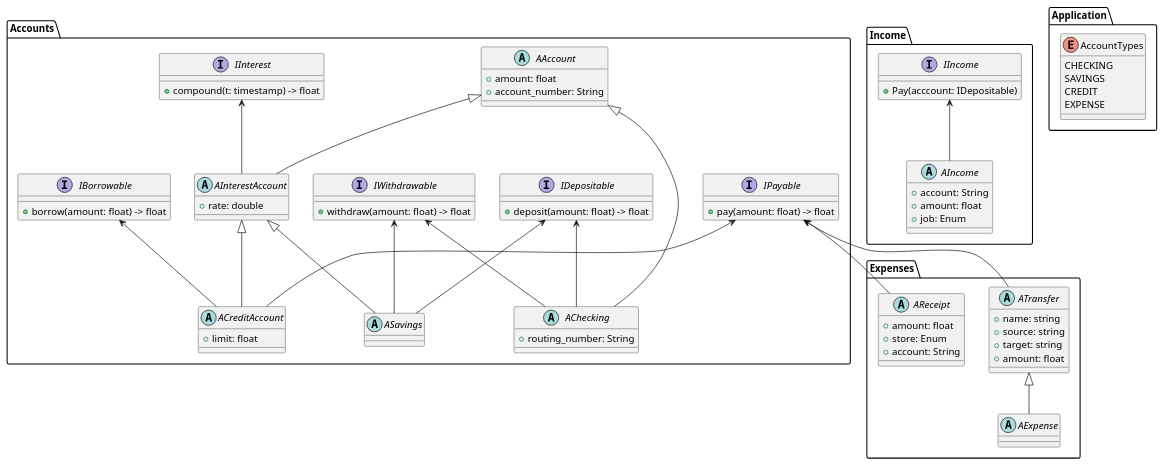
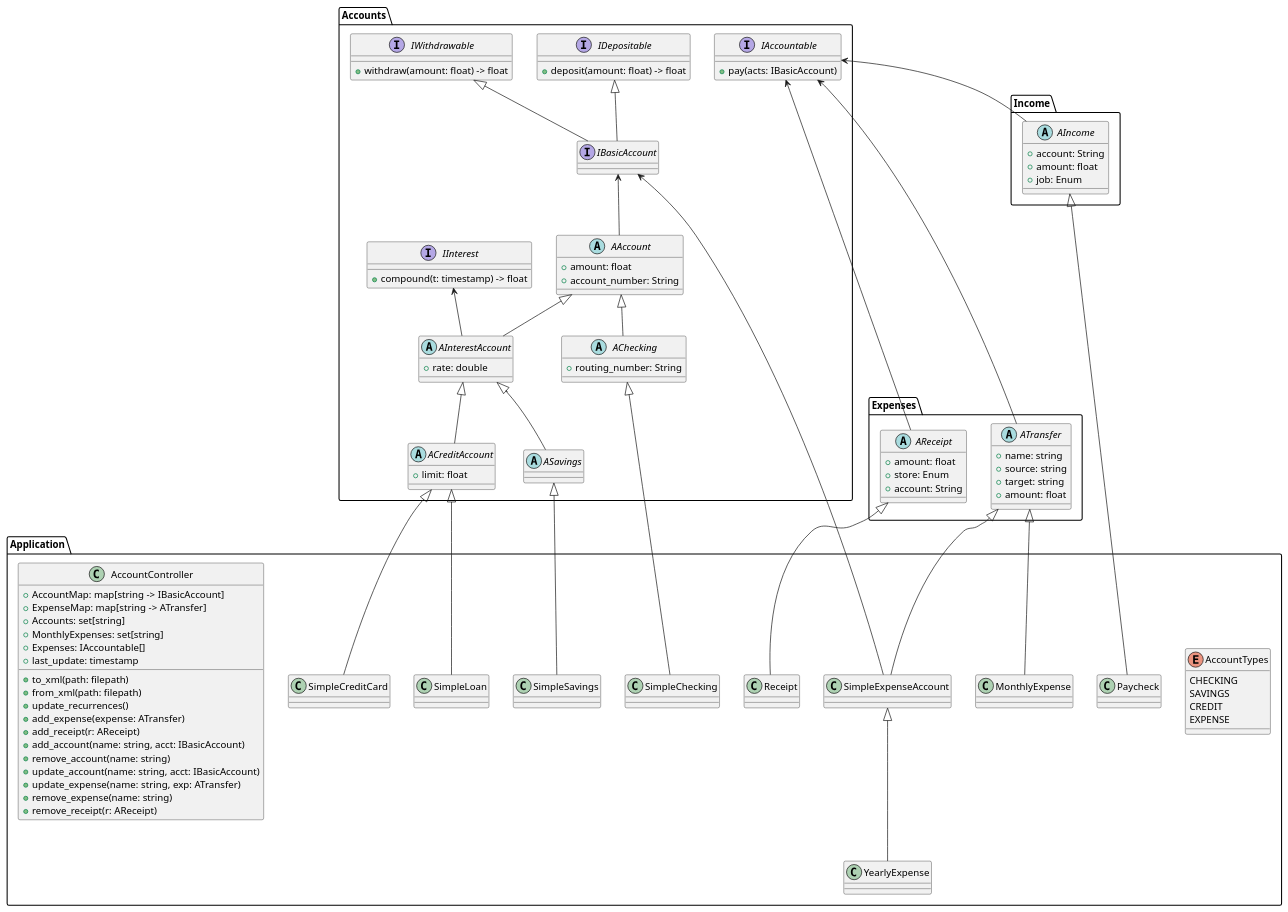
The diagram in object_model.puml (aaron-jencks/budget_LabVIEW), drawn with PlantUML before and after one commit. The commit also changed 3 other files, not shown here.

Commit message:
Added ER Diagram

```diff
--- a/object_model.puml
+++ b/object_model.puml
@@ -1,104 +1,143 @@
 @startuml
 package Accounts {
     interface IDepositable {
     + deposit(amount: float) -> float
     }
 
     interface IWithdrawable {
     + withdraw(amount: float) -> float
     }
 
-    interface IPayable {
-    + pay(amount: float) -> float
-    }
-
-    interface IBorrowable {
-    + borrow(amount: float) -> float
-    }
-
     abstract class AAccount {
     + amount: float
     + account_number: String
     }
+
+    IBasicAccount <-- AAccount
 
     interface IInterest {
     + compound(t: timestamp) -> float
     }
 
     abstract class AInterestAccount {
     + rate: double
     }
 
     IInterest <-- AInterestAccount
     AAccount <|-- AInterestAccount
 
     abstract class ACreditAccount {
     + limit: float
     }
 
-    IBorrowable <-- ACreditAccount
-    IPayable <-- ACreditAccount
     AInterestAccount <|-- ACreditAccount
 
     abstract class ASavings {
     }
 
-    IDepositable <-- ASavings
-    IWithdrawable <-- ASavings
     AInterestAccount <|-- ASavings
 
     abstract class AChecking {
     + routing_number: String
     }
 
-    IDepositable <-- AChecking
-    IWithdrawable <-- AChecking
     AAccount <|-- AChecking
+
+    interface IBasicAccount {
+    }
+
+    IDepositable <|-- IBasicAccount
+    IWithdrawable <|-- IBasicAccount
+
+    interface IAccountable {
+    + pay(acts: IBasicAccount)
+    }
 }
 
 package Expenses {
     abstract class AReceipt {
     + amount: float
     + store: Enum
     + account: String
     }
-    IPayable <-- AReceipt
+
+    IAccountable <-- AReceipt
 
     abstract class ATransfer {
     + name: string
     + source: string
     + target: string
     + amount: float
     }
 
-    IPayable <-- ATransfer
-
-    abstract class AExpense {
-    }
-
-    ATransfer <|-- AExpense
+    IAccountable <-- ATransfer
 }
 
 package Income {
-    interface IIncome {
-    + Pay(acccount: IDepositable)
-    }
-
     abstract class AIncome {
     + account: String
     + amount: float
     + job: Enum
     }
 
-    IIncome <-- AIncome
+    IAccountable <-- AIncome
 }
 
 package Application {
     enum AccountTypes {
         CHECKING
         SAVINGS
         CREDIT
         EXPENSE
     }
+
+    class SimpleChecking
+    AChecking <|-- SimpleChecking
+
+    class SimpleSavings
+    ASavings <|-- SimpleSavings
+
+    class SimpleCreditCard
+    ACreditAccount <|-- SimpleCreditCard
+
+    class SimpleLoan
+    ACreditAccount <|-- SimpleLoan
+
+    class MonthlyExpense
+    ATransfer <|-- MonthlyExpense
+
+    class Receipt
+    AReceipt <|-- Receipt
+
+    class Paycheck
+    AIncome <|-- Paycheck
+
+    class SimpleExpenseAccount
+    ATransfer <|-- SimpleExpenseAccount
+    IBasicAccount <-- SimpleExpenseAccount
+
+    class YearlyExpense
+    SimpleExpenseAccount <|-- YearlyExpense
+
+    class AccountController {
+    + AccountMap: map[string -> IBasicAccount]
+    + ExpenseMap: map[string -> ATransfer]
+    + Accounts: set[string]
+    + MonthlyExpenses: set[string]
+    + Expenses: IAccountable[]
+    + last_update: timestamp
+
+    + to_xml(path: filepath)
+    + from_xml(path: filepath)
+    + update_recurrences()
+    + add_expense(expense: ATransfer)
+    + add_receipt(r: AReceipt)
+    + add_account(name: string, acct: IBasicAccount)
+    + remove_account(name: string)
+    + update_account(name: string, acct: IBasicAccount)
+    + update_expense(name: string, exp: ATransfer)
+    + remove_expense(name: string)
+    + remove_receipt(r: AReceipt)
+    }
 }
 @enduml
```
